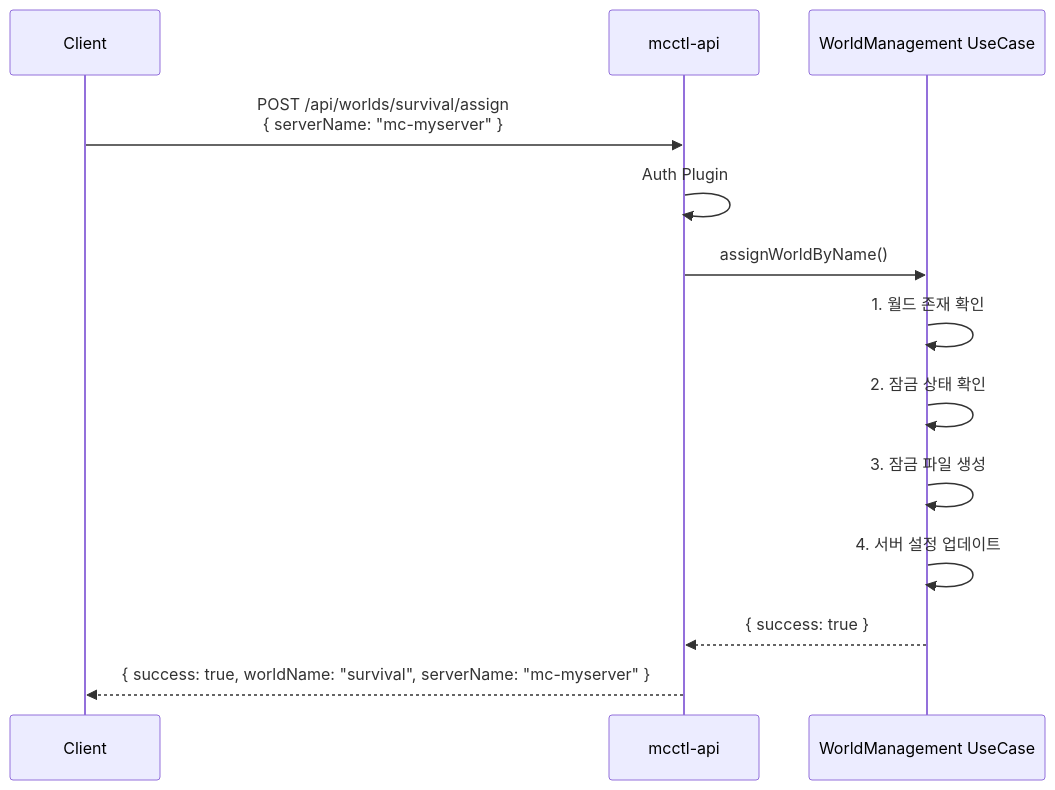
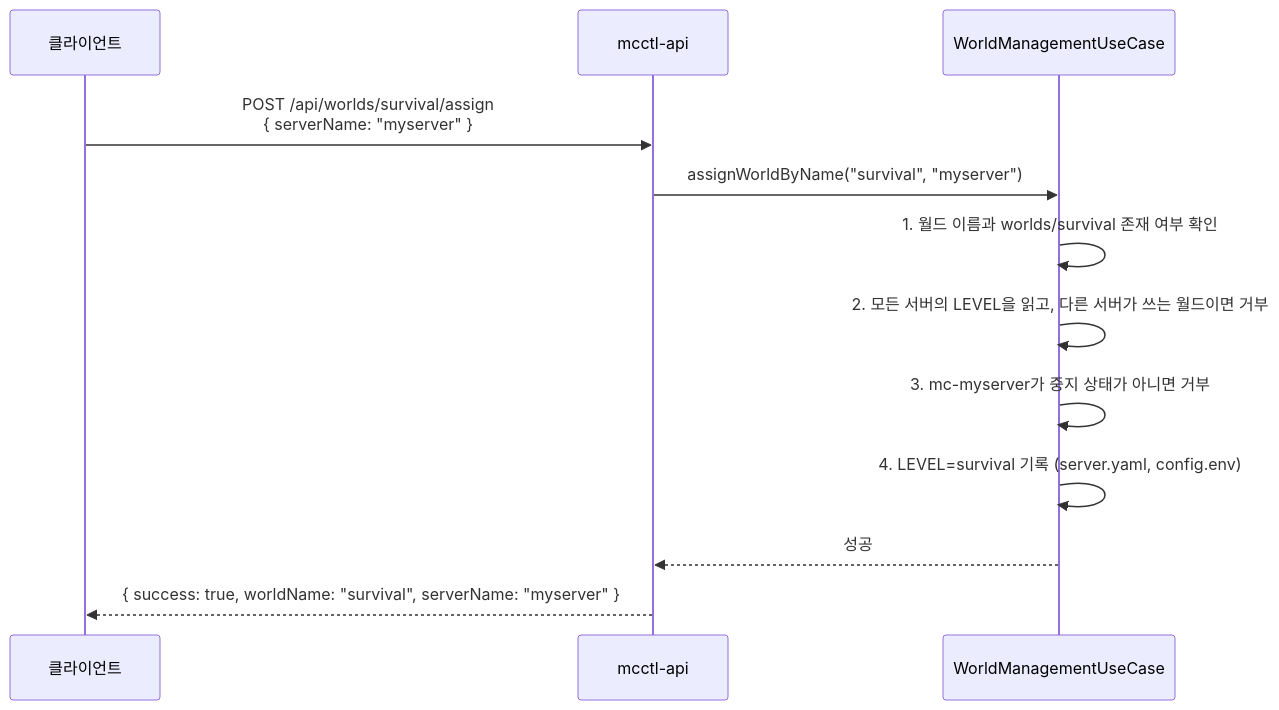
One commit to smallmiro/minecraft-server-manager changed the fourth of 5 diagrams in docs/api/index.ko.md. Above: the diagram before and after it, drawn with Mermaid. The commit also changed other lines of this file and 9 other files, not shown here.

````diff
--- a/docs/api/index.ko.md
+++ b/docs/api/index.ko.md
@@ -125,16 +75,15 @@
 ```mermaid
 sequenceDiagram
-    participant C as Client
+    participant C as 클라이언트
     participant A as mcctl-api
-    participant W as WorldManagement UseCase
+    participant W as WorldManagementUseCase
 
-    C->>A: POST /api/worlds/survival/assign<br/>{ serverName: "mc-myserver" }
-    A->>A: Auth Plugin
-    A->>W: assignWorldByName()
-    W->>W: 1. 월드 존재 확인
-    W->>W: 2. 잠금 상태 확인
-    W->>W: 3. 잠금 파일 생성
-    W->>W: 4. 서버 설정 업데이트
-    W-->>A: { success: true }
-    A-->>C: { success: true, worldName: "survival", serverName: "mc-myserver" }
+    C->>A: POST /api/worlds/survival/assign<br/>{ serverName: "myserver" }
+    A->>W: assignWorldByName("survival", "myserver")
+    W->>W: 1. 월드 이름과 worlds/survival 존재 여부 확인
+    W->>W: 2. 모든 서버의 LEVEL을 읽고, 다른 서버가 쓰는 월드이면 거부
+    W->>W: 3. mc-myserver가 중지 상태가 아니면 거부
+    W->>W: 4. LEVEL=survival 기록 (server.yaml, config.env)
+    W-->>A: 성공
+    A-->>C: { success: true, worldName: "survival", serverName: "myserver" }
 ```
````
